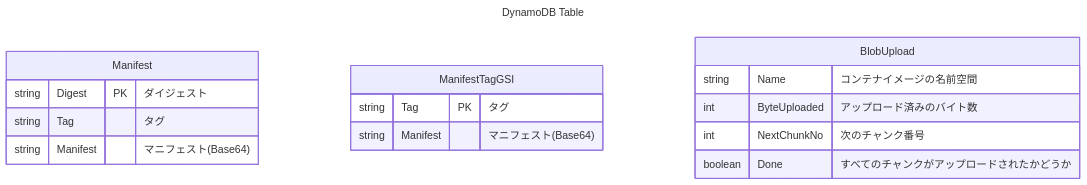
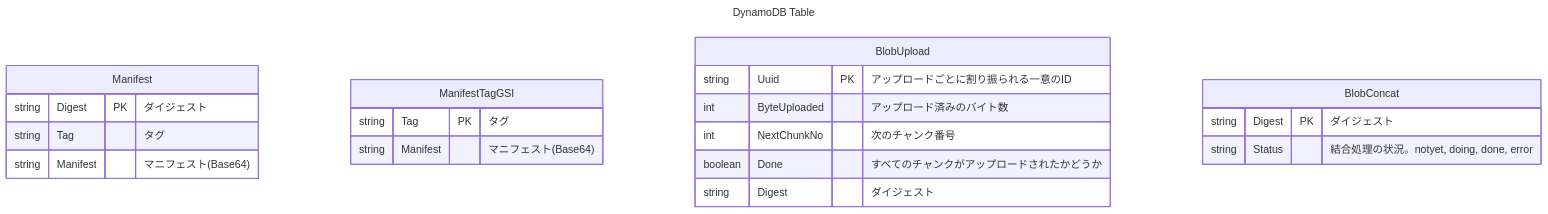
Before and after one commit to a-takamin/TCR: the diagram in tables.md, drawn with Mermaid.

Commit message:
add blob-concat-progress table

````diff
--- a/tables.md
+++ b/tables.md
@@ -1,24 +1,29 @@
 ```mermaid
 ---
 title: DynamoDB Table
 ---
 erDiagram
     Manifest {
         string Digest PK "ダイジェスト"
         string Tag "タグ"
         string Manifest "マニフェスト(Base64)"
     }
 
     ManifestTagGSI {
         string Tag PK "タグ"
         string Manifest "マニフェスト(Base64)"
     }
 
-
     BlobUpload {
-        string Name "コンテナイメージの名前空間"
+        string Uuid PK "アップロードごとに割り振られる一意のID"
         int ByteUploaded "アップロード済みのバイト数"
         int NextChunkNo "次のチャンク番号"
         boolean Done "すべてのチャンクがアップロードされたかどうか"
+        string Digest "ダイジェスト"
+    }
+
+    BlobConcat {
+      string Digest PK "ダイジェスト"
+      string Status "結合処理の状況。notyet, doing, done, error"
     }
 ```
````
